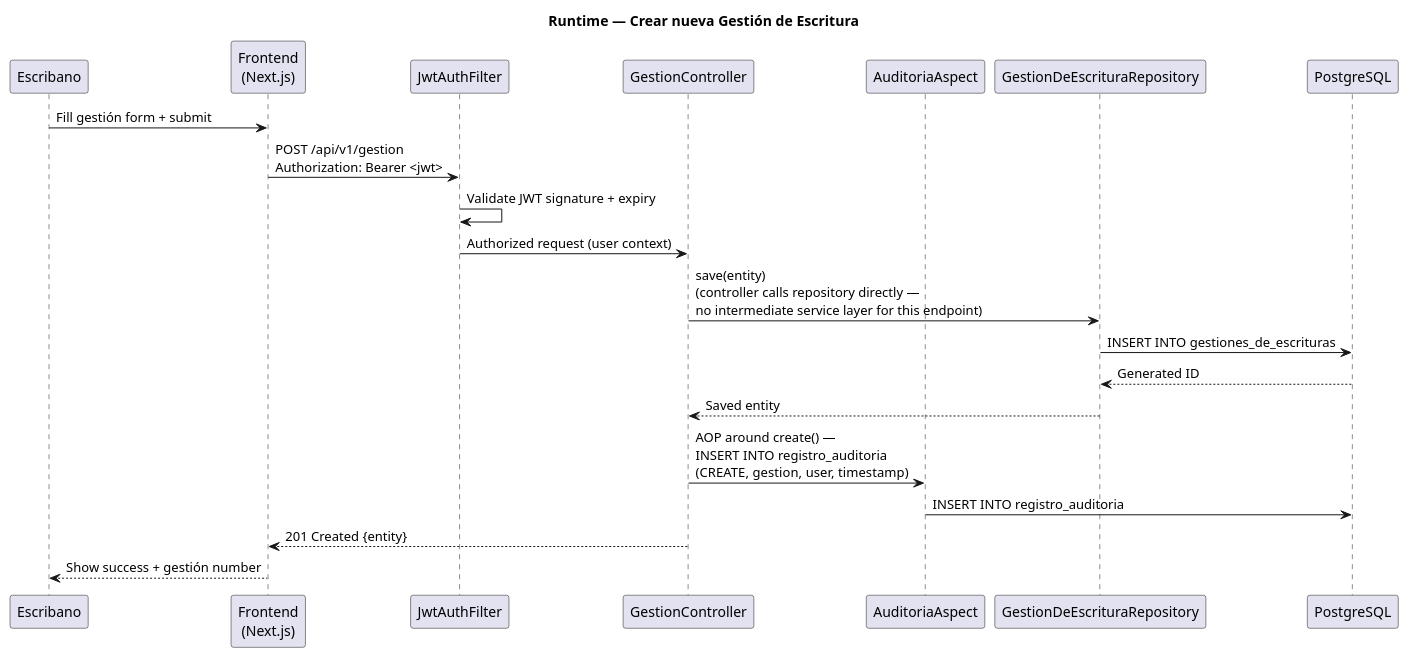
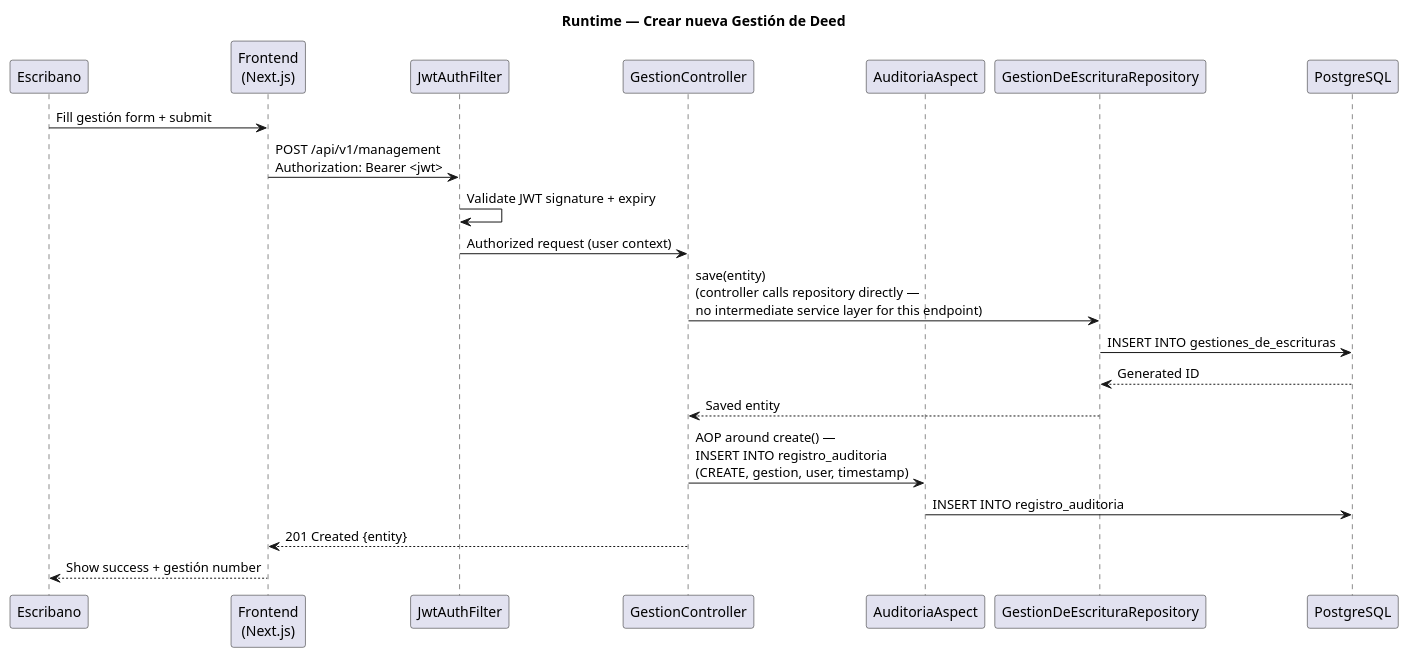
Before and after one commit to matiaspakua/notaire: the ninth of 13 diagrams in docs/200-architecture/201-SAD/sad.md, drawn with PlantUML. The commit also changed other lines of this file and 1203 other files, not shown here.

````diff
--- a/docs/200-architecture/201-SAD/sad.md
+++ b/docs/200-architecture/201-SAD/sad.md
@@ -671,26 +671,26 @@
 ```plantuml
 @startuml
-title Runtime — Crear nueva Gestión de Escritura
+title Runtime — Crear nueva Gestión de Deed
 
 participant "Escribano" as User
 participant "Frontend\n(Next.js)" as Client
 participant "JwtAuthFilter" as Auth
 participant "GestionController" as Ctrl
 participant "AuditoriaAspect" as Audit
 participant "GestionDeEscrituraRepository" as Repo
 participant "PostgreSQL" as DB
 
 User -> Client : Fill gestión form + submit
-Client -> Auth : POST /api/v1/gestion\nAuthorization: Bearer <jwt>
+Client -> Auth : POST /api/v1/management\nAuthorization: Bearer <jwt>
 Auth -> Auth : Validate JWT signature + expiry
 Auth -> Ctrl : Authorized request (user context)
 Ctrl -> Repo : save(entity)\n(controller calls repository directly —\nno intermediate service layer for this endpoint)
 Repo -> DB : INSERT INTO gestiones_de_escrituras
 DB --> Repo : Generated ID
 Repo --> Ctrl : Saved entity
 Ctrl -> Audit : AOP around create() —\nINSERT INTO registro_auditoria\n(CREATE, gestion, user, timestamp)
 Audit -> DB : INSERT INTO registro_auditoria
 Ctrl --> Client : 201 Created {entity}
 Client --> User : Show success + gestión number
 @enduml
 ```
````
